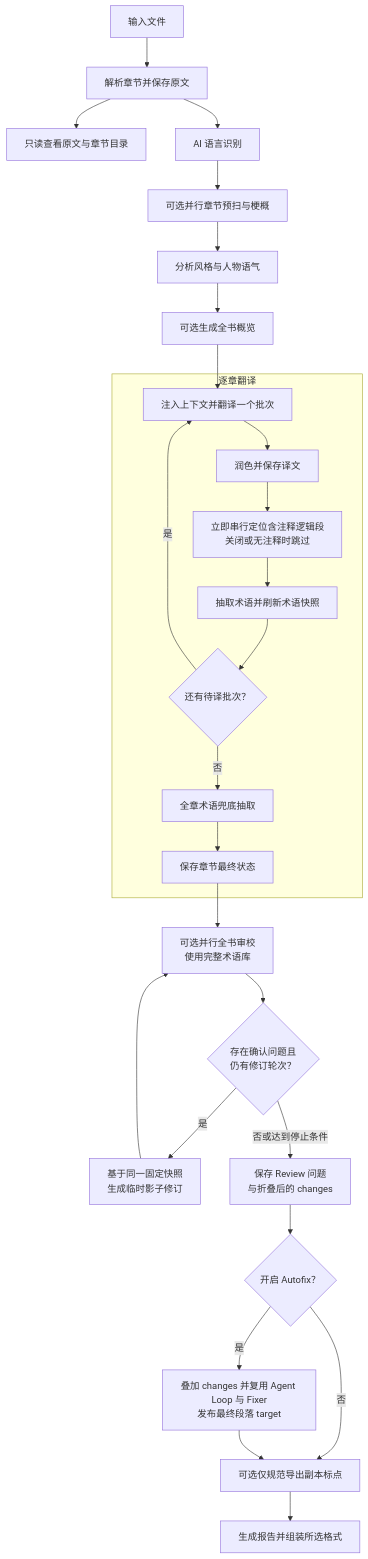
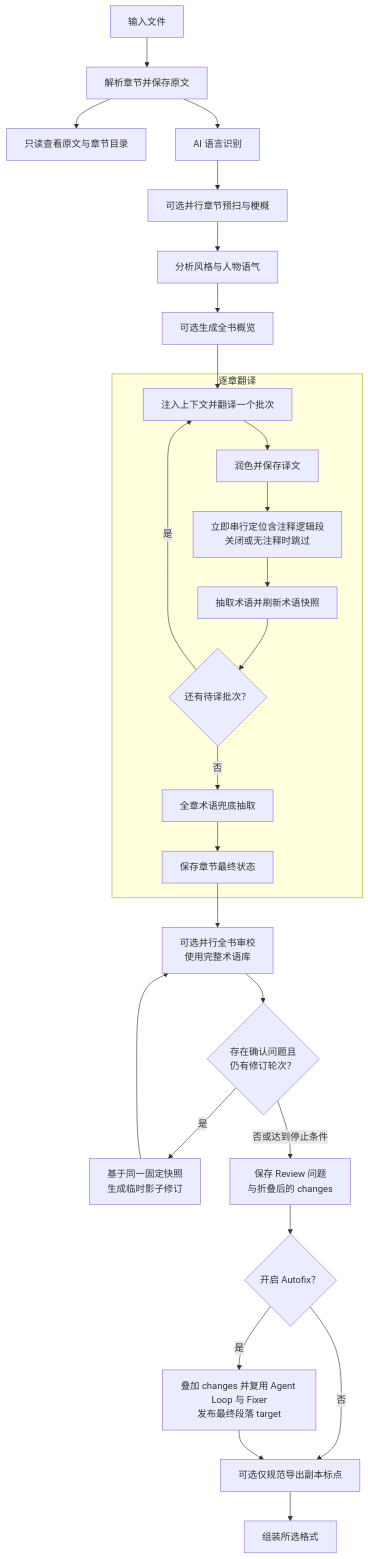
Before and after one commit to BigDawnGhost/wenyi: the first of 2 diagrams in docs/zh/pipeline.md, drawn with Mermaid. The commit also changed other lines of this file and 115 other files, not shown here.

````diff
--- a/docs/zh/pipeline.md
+++ b/docs/zh/pipeline.md
@@ -9,32 +9,32 @@
 ```mermaid
 flowchart TD
     A[输入文件] --> B["解析章节并保存原文"]
     B --> BV["只读查看原文与章节目录"]
     B --> BL["AI 语言识别"]
     BL --> C["可选并行章节预扫与梗概"]
     C --> D["分析风格与人物语气"]
     D --> DS[可选生成全书概览]
     DS --> E
 
     subgraph T[逐章翻译]
         E[注入上下文并翻译一个批次]
         E --> F[润色并保存译文]
         F --> FA[立即串行定位含注释逻辑段<br/>关闭或无注释时跳过]
         FA --> G[抽取术语并刷新术语快照]
         G --> H{还有待译批次？}
         H -- 是 --> E
         H -- 否 --> IB[全章术语兜底抽取]
         IB --> J[保存章节最终状态]
     end
 
     J --> K[可选并行全书审校<br/>使用完整术语库]
     K --> N{存在确认问题且<br/>仍有修订轮次？}
     N -- 是 --> O[基于同一固定快照<br/>生成临时影子修订]
     O --> K
     N -- 否或达到停止条件 --> P[保存 Review 问题<br/>与折叠后的 changes]
     P --> Q{开启 Autofix？}
     Q -- 是 --> R[叠加 changes 并复用 Agent Loop 与 Fixer<br/>发布最终段落 target]
     Q -- 否 --> X[可选仅规范导出副本标点]
     R --> X
-    X --> M[生成报告并组装所选格式]
+    X --> M[组装所选格式]
 ```
````
